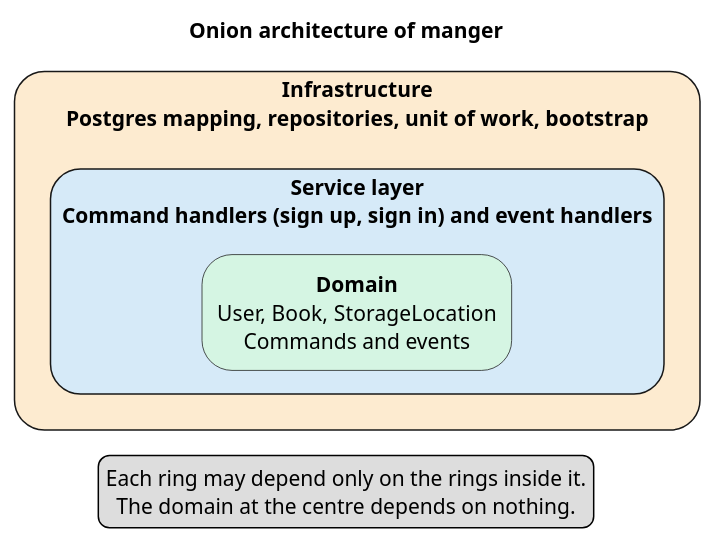
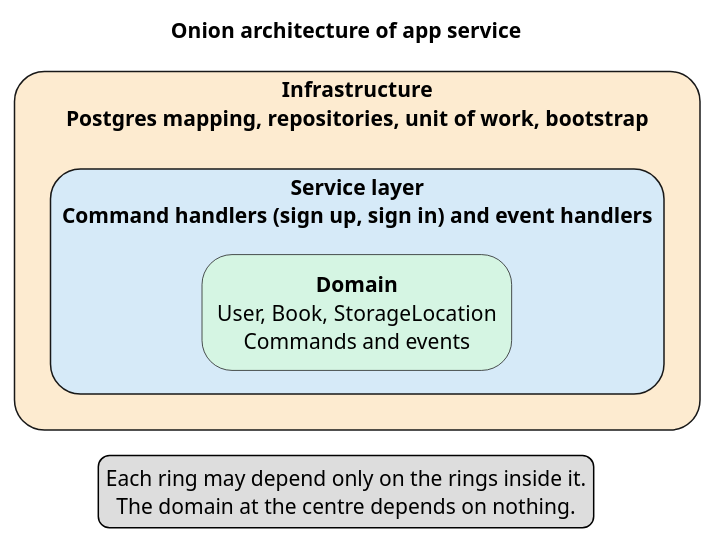
One commit to saleh1312/pdf_reader changed the diagram in design/services/app/architecture_onion.puml. Above: the diagram before and after it, drawn with PlantUML. The commit also changed 19 other files, not shown here.

```diff
--- a/design/services/app/architecture_onion.puml
+++ b/design/services/app/architecture_onion.puml
@@ -1,20 +1,20 @@
 @startuml architecture_onion
-title Onion architecture of manger
+title Onion architecture of app service
 
 skinparam shadowing false
 skinparam rectangleRoundCorner 40
 skinparam defaultTextAlignment center
 skinparam rectangleFontSize 14
 
 rectangle "<b>Infrastructure</b>\nPostgres mapping, repositories, unit of work, bootstrap" as infra #FDEBD0 {
   rectangle "<b>Service layer</b>\nCommand handlers (sign up, sign in) and event handlers" as services #D6EAF8 {
     rectangle "<b>Domain</b>\nUser, Book, StorageLocation\nCommands and events" as domain #D5F5E3
   }
 }
 
 legend bottom
   Each ring may depend only on the rings inside it.
   The domain at the centre depends on nothing.
 endlegend
 
 @enduml
```
